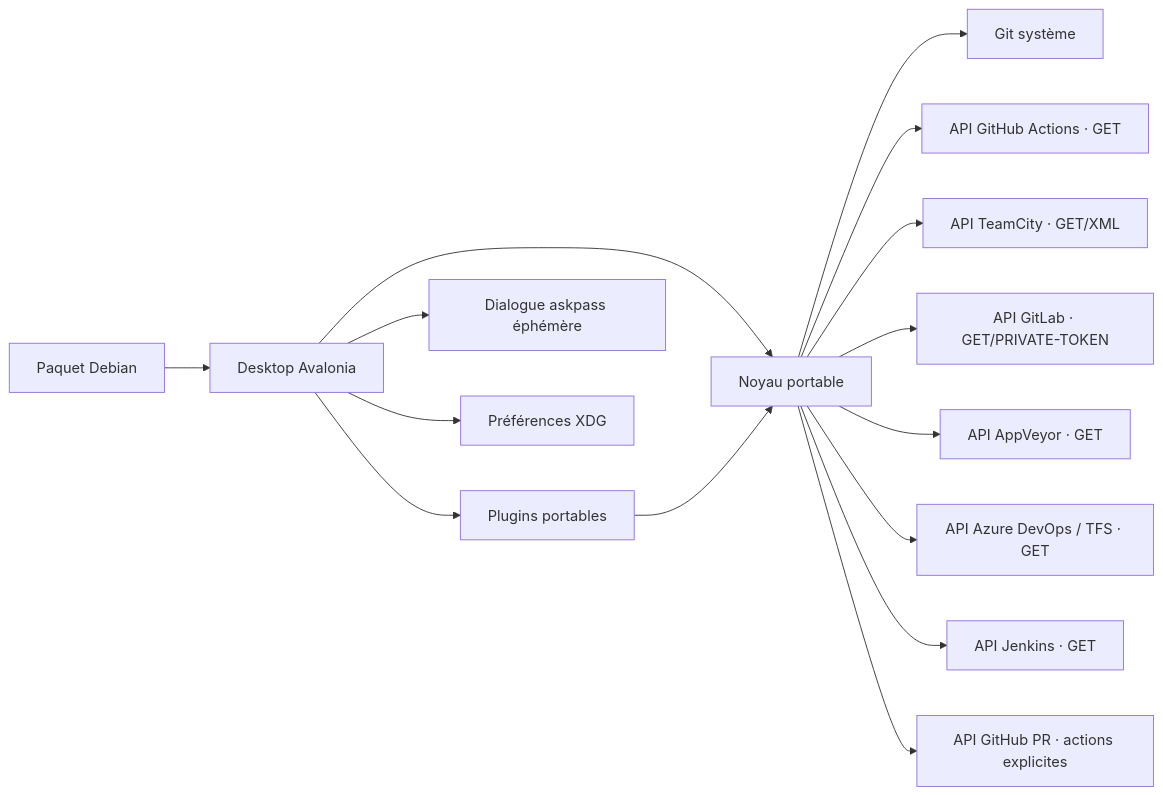
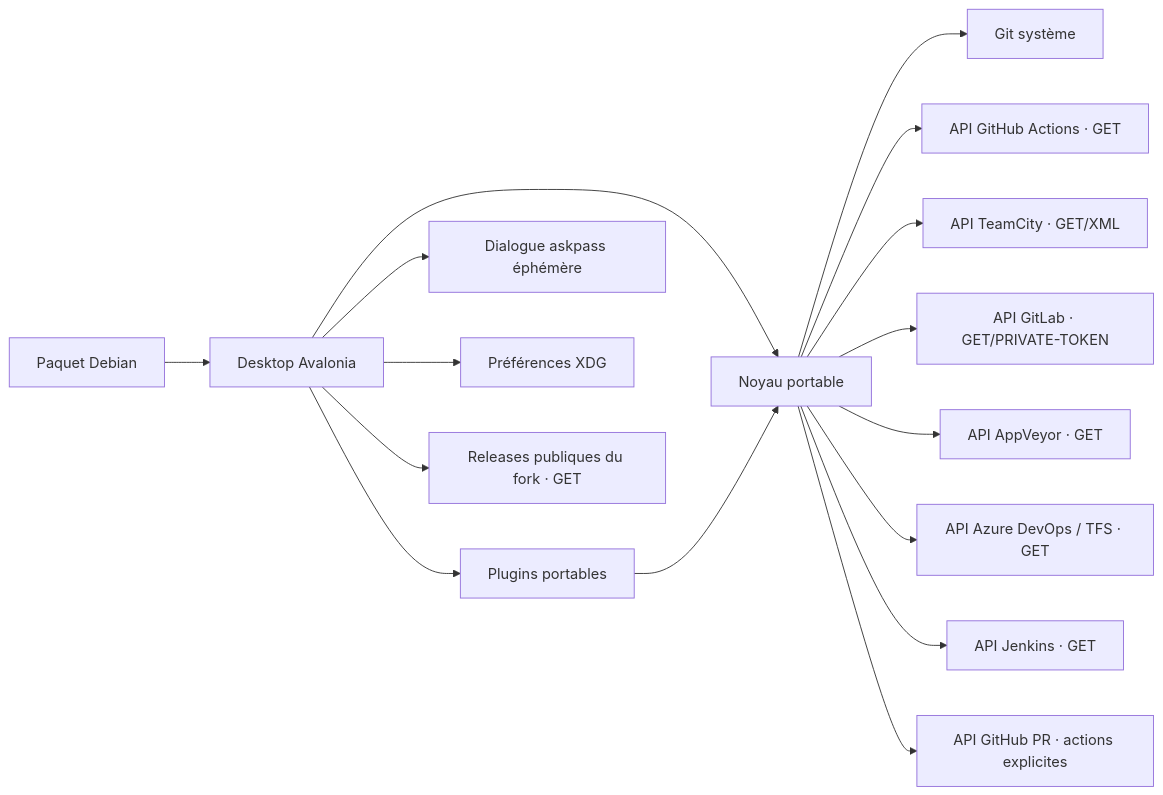
The second of 2 diagrams in .agents/docs/c4.md (Azreal42/gitextensions), drawn with Mermaid before and after one commit. The commit also changed other lines of this file and 8 other files, not shown here.

````diff
--- a/.agents/docs/c4.md
+++ b/.agents/docs/c4.md
@@ -19,17 +19,18 @@
 ```mermaid
 flowchart LR
   UI[Desktop Avalonia] --> CORE[Noyau portable]
   CORE --> CLI[Git système]
   CORE --> ACTIONS[API GitHub Actions · GET]
   CORE --> TEAMCITY[API TeamCity · GET/XML]
   CORE --> GITLAB[API GitLab · GET/PRIVATE-TOKEN]
   CORE --> APPVEYOR[API AppVeyor · GET]
   CORE --> AZURE[API Azure DevOps / TFS · GET]
   CORE --> JENKINS[API Jenkins · GET]
   CORE --> HOSTING[API GitHub PR · actions explicites]
   UI --> PLUGINS[Plugins portables]
   PLUGINS --> CORE
   UI --> AUTH[Dialogue askpass éphémère]
   UI --> XDG[Préférences XDG]
+  UI --> UPDATES[Releases publiques du fork · GET]
   DEB[Paquet Debian] --> UI
 ```
````
